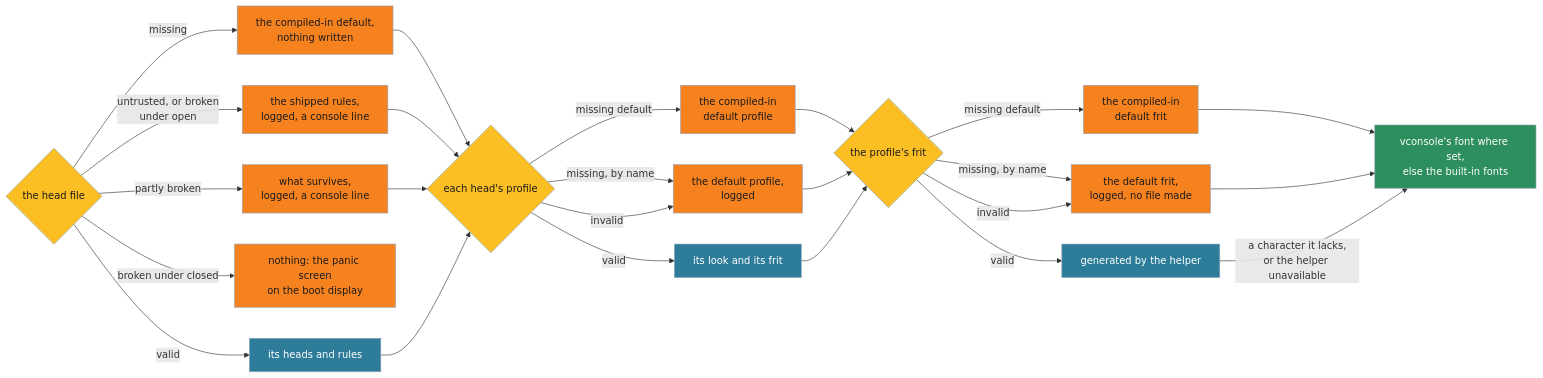
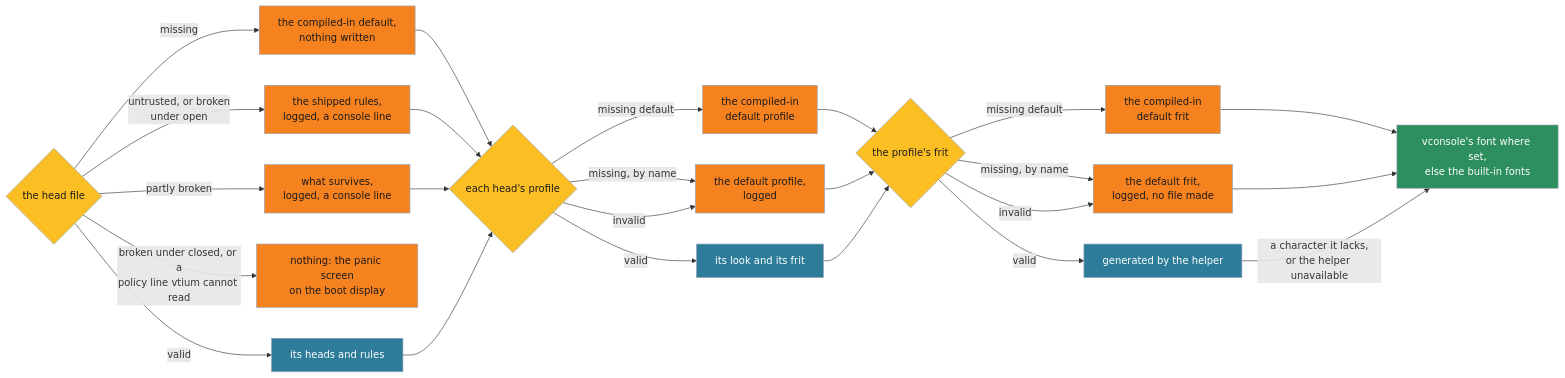
One commit to vtium/vtium changed the third of 5 diagrams in docs/architecture/platform/ADR-1401-heads-a-terminal-per-physical-display-placed-by-a-first-match-ruleset.md. Above: the diagram before and after it, drawn with Mermaid. The commit also changed other lines of this file, not shown here.

First line of the commit message:
docs(adr): an unreadable policy line makes the head file closed and broken

````diff
--- a/docs/architecture/platform/ADR-1401-heads-a-terminal-per-physical-display-placed-by-a-first-match-ruleset.md
+++ b/docs/architecture/platform/ADR-1401-heads-a-terminal-per-physical-display-placed-by-a-first-match-ruleset.md
@@ -680,34 +688,34 @@
 ```mermaid
 flowchart LR
     HF{"the head file"} -->|"missing"| HFI["the compiled-in default,<br>nothing written"]
     HF -->|"untrusted, or broken<br>under open"| HFS["the shipped rules,<br>logged, a console line"]
     HF -->|"partly broken"| HFP["what survives,<br>logged, a console line"]
-    HF -->|"broken under closed"| HFC["nothing: the panic screen<br>on the boot display"]
+    HF -->|"broken under closed, or a<br>policy line vtium cannot read"| HFC["nothing: the panic screen<br>on the boot display"]
     HF -->|"valid"| HFV["its heads and rules"]
     HFI --> PR
     HFS --> PR
     HFP --> PR
     HFV --> PR{"each head's profile"}
     PR -->|"missing default"| PRI["the compiled-in<br>default profile"]
     PR -->|"missing, by name"| PRD["the default profile,<br>logged"]
     PR -->|"invalid"| PRD
     PR -->|"valid"| PRV["its look and its frit"]
     PRI --> FR
     PRD --> FR
     PRV --> FR{"the profile's frit"}
     FR -->|"missing default"| FRI["the compiled-in<br>default frit"]
     FR -->|"missing, by name"| FRD["the default frit,<br>logged, no file made"]
     FR -->|"invalid"| FRD
     FR -->|"valid"| FRV["generated by the helper"]
     FRI --> BI
     FRD --> BI["vconsole's font where set,<br>else the built-in fonts"]
     FRV -->|"a character it lacks,<br>or the helper unavailable"| BI
     classDef check fill:#fbbf24,color:#1a1a1a,stroke:#94a3b8
     classDef step fill:#2d7d9a,color:#ffffff,stroke:#94a3b8
     classDef fall fill:#f6821f,color:#1a1a1a,stroke:#94a3b8
     classDef done fill:#2d8e5e,color:#ffffff,stroke:#94a3b8
     class HF,PR,FR check
     class HFV,PRV,FRV step
     class HFI,HFS,HFP,HFC,PRI,PRD,FRI,FRD fall
     class BI done
 ```
````
